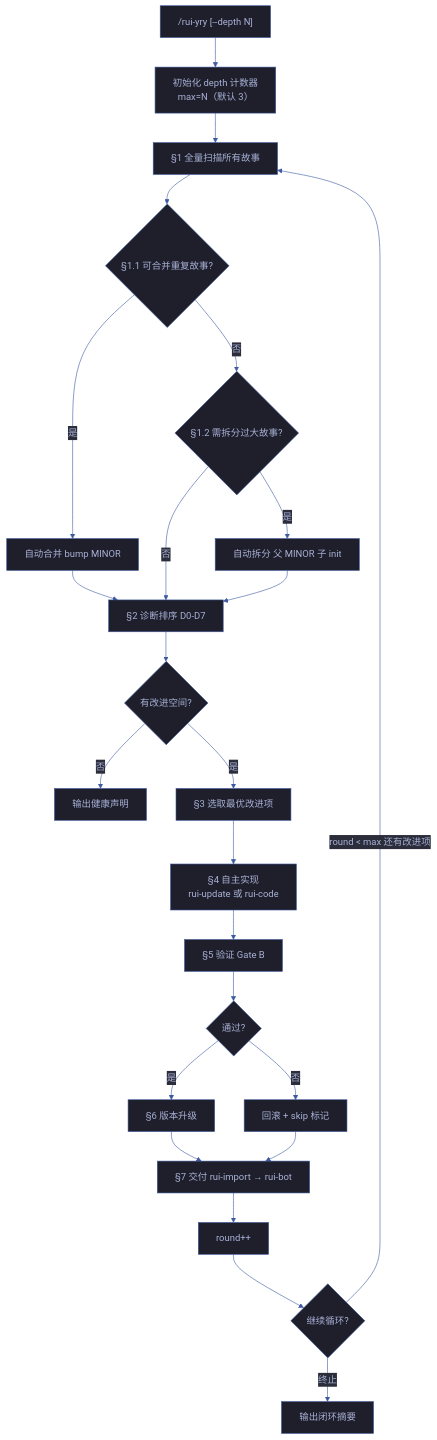
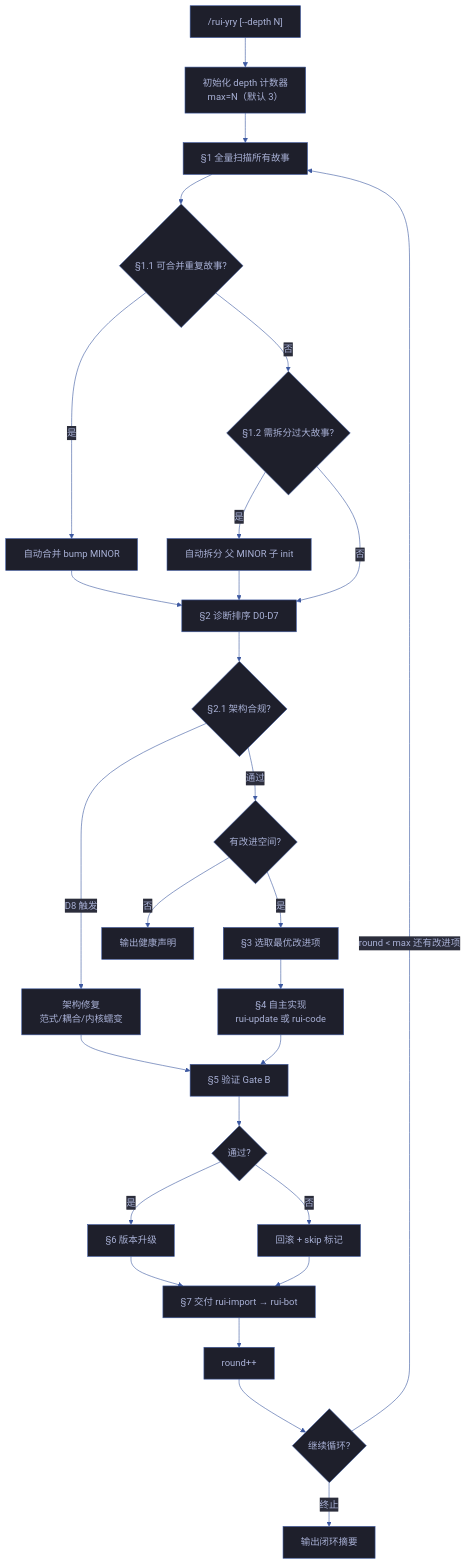
The diagram in skills/rui-yry/SKILL.md (effiy/YrY), drawn with Mermaid before and after one commit. The commit also changed other lines of this file and 12 other files, not shown here.

First line of the commit message:
feat(arch): add architecture compliance checks and tooling

````diff
--- a/skills/rui-yry/SKILL.md
+++ b/skills/rui-yry/SKILL.md
@@ -34,30 +35,33 @@
 ```mermaid
 %%{init: {'theme': 'base', 'themeVariables': {
   'primaryColor': '#1e1f2b', 'primaryTextColor': '#a9b1d6', 'primaryBorderColor': '#3d59a1',
   'lineColor': '#3d59a1', 'secondaryColor': '#2b2d3b', 'tertiaryColor': '#21232f'
 }}}%%
 flowchart TD
     START["/rui-yry [--depth N]"]:::entry --> INIT["初始化 depth 计数器<br/>max=N（默认 3）"]:::s
     INIT --> SCAN["§1 全量扫描所有故事"]:::s
     SCAN --> MERGE_CHECK{"§1.1 可合并重复故事?"}
     MERGE_CHECK -->|"是"| AUTO_MERGE["自动合并 bump MINOR"]:::op
     MERGE_CHECK -->|"否"| SPLIT_CHECK{"§1.2 需拆分过大故事?"}
     SPLIT_CHECK -->|"是"| AUTO_SPLIT["自动拆分 父 MINOR 子 init"]:::op
     AUTO_MERGE --> DIAG
     SPLIT_CHECK -->|"否"| DIAG["§2 诊断排序 D0-D7"]:::s
     AUTO_SPLIT --> DIAG
-    DIAG --> CHECK{"有改进空间?"}
+    DIAG --> ARCH_CHECK{"§2.1 架构合规?"}
+    ARCH_CHECK -->|"D8 触发"| ARCH_FIX["架构修复<br/>范式/耦合/内核蠕变"]:::s
+    ARCH_CHECK -->|"通过"| CHECK{"有改进空间?"}
+    ARCH_FIX --> VERIFY
     CHECK -->|"否"| DONE["输出健康声明"]:::out
     CHECK -->|"是"| PICK["§3 选取最优改进项"]:::s
     PICK --> IMPL["§4 自主实现<br/>rui-update 或 rui-code"]:::s
     IMPL --> VERIFY["§5 验证 Gate B"]:::s
     VERIFY --> VER{"通过?"}
     VER -->|"是"| BUMP["§6 版本升级"]:::s
     VER -->|"否"| ROLLBACK["回滚 + skip 标记"]:::s
     BUMP --> DELIVER["§7 交付 rui-import → rui-bot"]:::s
     ROLLBACK --> DELIVER
     DELIVER --> INC["round++"]:::s
     INC --> LOOP{"继续循环?"}
     LOOP -->|"round < max 还有改进项"| SCAN
     LOOP -->|"终止"| END["输出闭环摘要"]:::out
 ```
````
